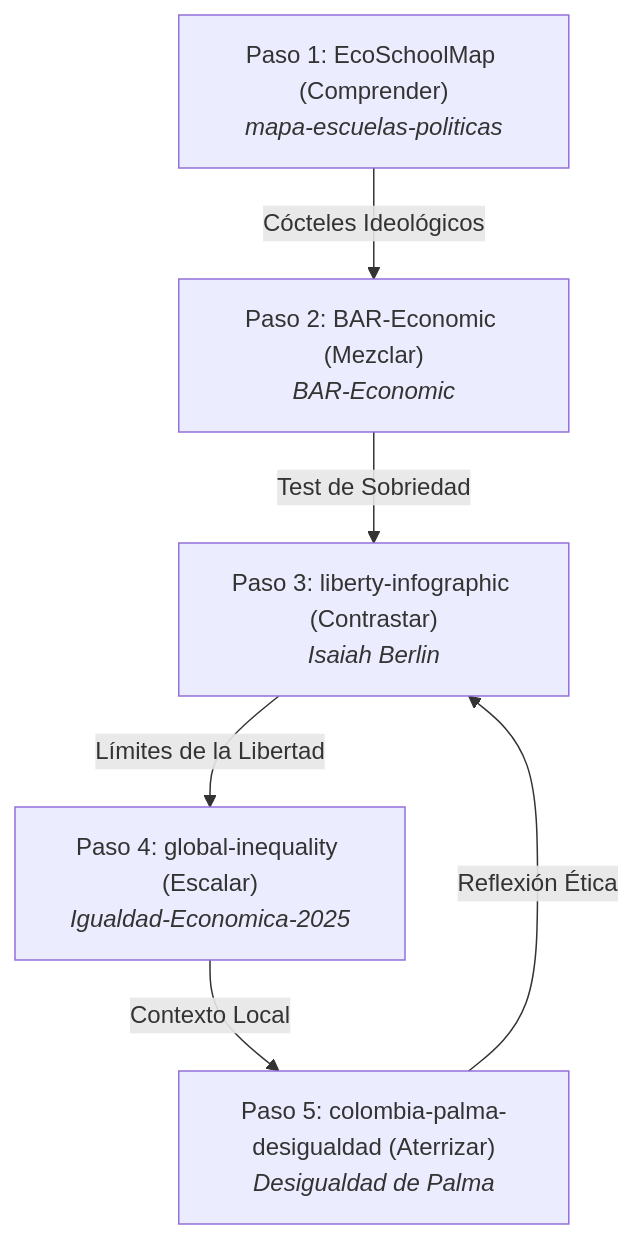
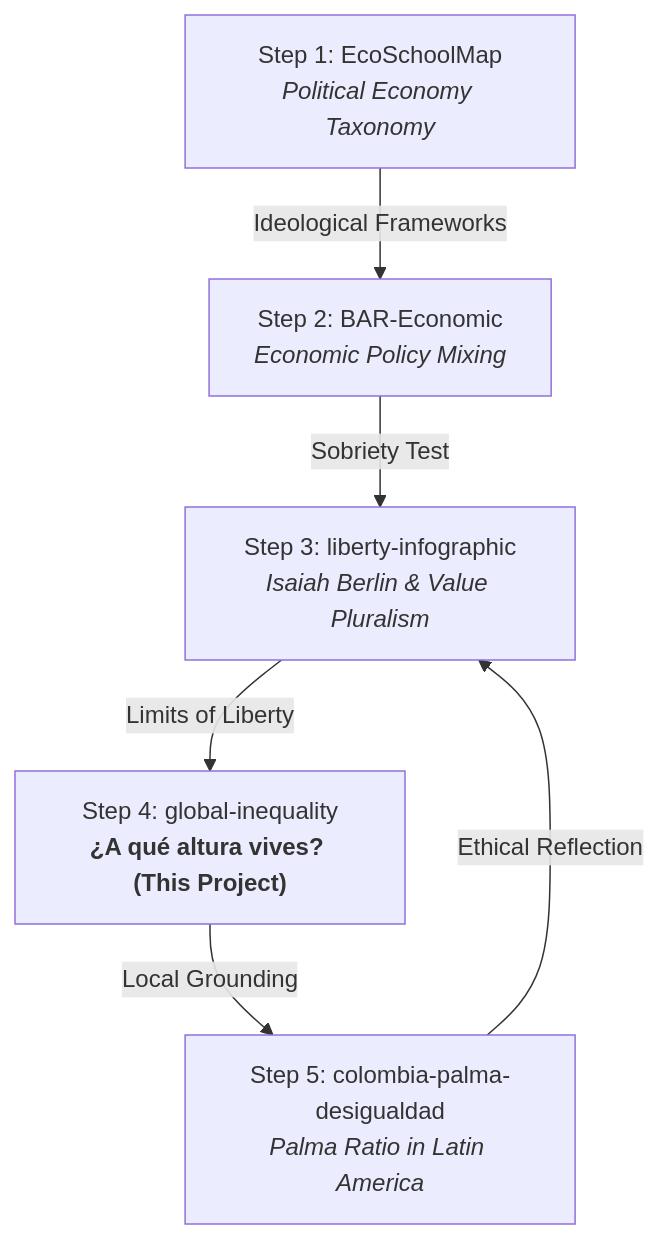
One commit to willkwolf/global-inequality-21Century changed the first of 2 diagrams in README.md. Above: the diagram before and after it, drawn with Mermaid. The commit also changed other lines of this file and 54 other files, not shown here.

Commit message:
docs(governance): establish canonical OpenWiki architecture, master governance contracts, and POL-ED-001 audit

````diff
--- a/README.md
+++ b/README.md
@@ -41,8 +39,8 @@
 ```mermaid
 graph TD
-    A["Paso 1: EcoSchoolMap (Comprender)<br><i>mapa-escuelas-politicas</i>"] -- "Cócteles Ideológicos" --> B["Paso 2: BAR-Economic (Mezclar)<br><i>BAR-Economic</i>"]
-    B -- "Test de Sobriedad" --> C["Paso 3: liberty-infographic (Contrastar)<br><i>Isaiah Berlin</i>"]
-    C -- "Límites de la Libertad" --> D["Paso 4: global-inequality (Escalar)<br><i>Igualdad-Economica-2025</i>"]
-    D -- "Contexto Local" --> E["Paso 5: colombia-palma-desigualdad (Aterrizar)<br><i>Desigualdad de Palma</i>"]
-    E -- "Reflexión Ética" --> C
+    A["Step 1: EcoSchoolMap<br><i>Political Economy Taxonomy</i>"] -->|Ideological Frameworks| B["Step 2: BAR-Economic<br><i>Economic Policy Mixing</i>"]
+    B -->|Sobriety Test| C["Step 3: liberty-infographic<br><i>Isaiah Berlin & Value Pluralism</i>"]
+    C -->|Limits of Liberty| D["Step 4: global-inequality<br><b>¿A qué altura vives? (This Project)</b>"]
+    D -->|Local Grounding| E["Step 5: colombia-palma-desigualdad<br><i>Palma Ratio in Latin America</i>"]
+    E -->|Ethical Reflection| C
 ```
````
